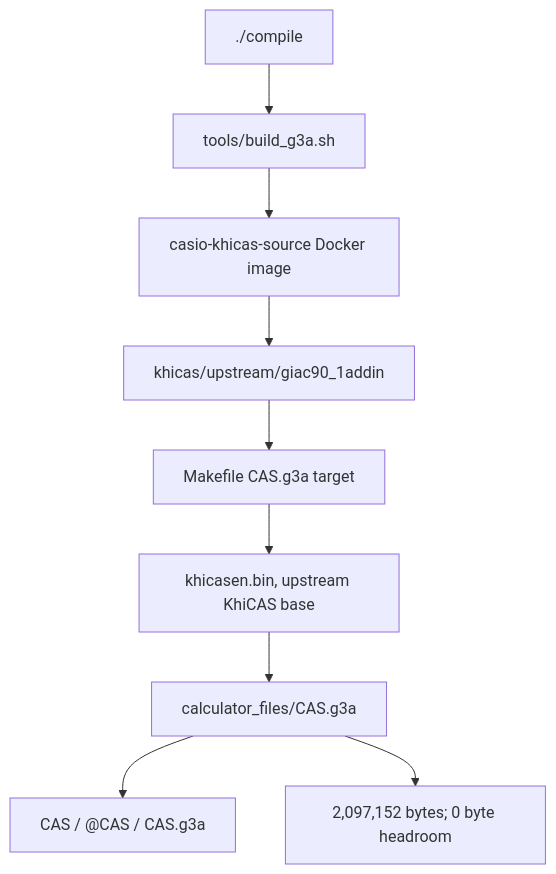
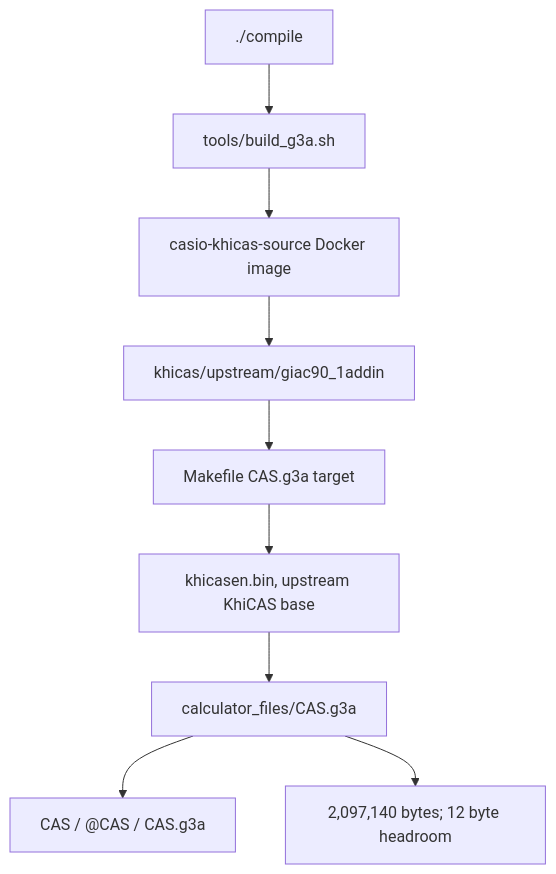
Before and after one commit to james8464/notes-addin-casio-fx-cg50: the first of 5 diagrams in docs/GRAPH.md, drawn with Mermaid. The commit also changed other lines of this file and 53 other files, not shown here.

````diff
--- a/docs/GRAPH.md
+++ b/docs/GRAPH.md
@@ -7,11 +7,11 @@
 ```mermaid
 graph TD
   Compile["./compile"] --> Build["tools/build_g3a.sh"]
   Build --> Docker["casio-khicas-source Docker image"]
   Docker --> Src["khicas/upstream/giac90_1addin"]
   Src --> Make["Makefile CAS.g3a target"]
   Make --> Bin["khicasen.bin, upstream KhiCAS base"]
   Bin --> G3A["calculator_files/CAS.g3a"]
   G3A --> Meta["CAS / @CAS / CAS.g3a"]
-  G3A --> Size["2,097,152 bytes; 0 byte headroom"]
+  G3A --> Size["2,097,140 bytes; 12 byte headroom"]
 ```
````
